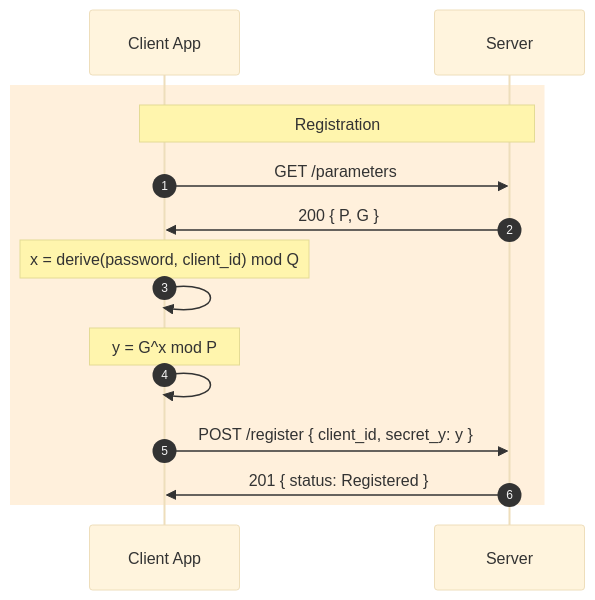
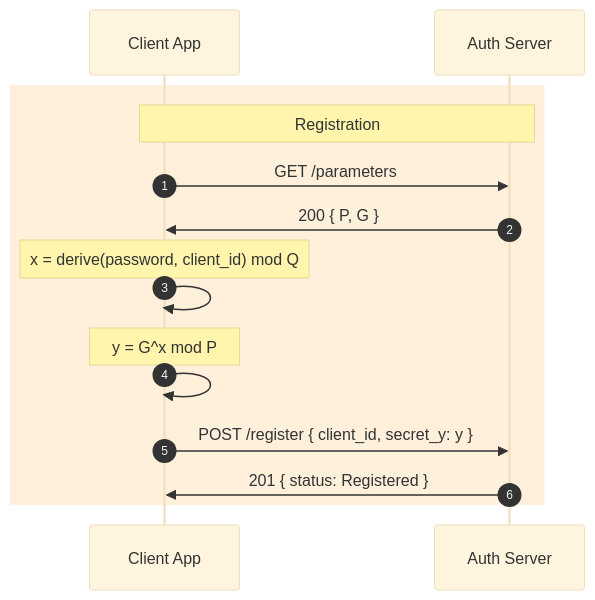
Before and after one commit to matei-rares-a/acas: the diagram in diagrams/done/high_level/client_server_sequence_high_level_register.mmd, drawn with Mermaid (base theme). The commit also changed 9 other files, not shown here.

```diff
--- a/diagrams/done/high_level/client_server_sequence_high_level_register.mmd
+++ b/diagrams/done/high_level/client_server_sequence_high_level_register.mmd
@@ -1,16 +1,16 @@
 sequenceDiagram
     autonumber
     participant C as Client App
-    participant S as Server
+    participant S as Auth Server
 
     rect rgb(255, 240, 220)
     Note over C,S: Registration
     C->>S: GET /parameters
     S->>C: 200 { P, G }
     Note over C: x = derive(password, client_id) mod Q
     C->>C: 
     Note over C: y = G^x mod P
     C->>C: 
     C->>S: POST /register  { client_id, secret_y: y }
     S->>C: 201 { status: Registered }
     end
```
